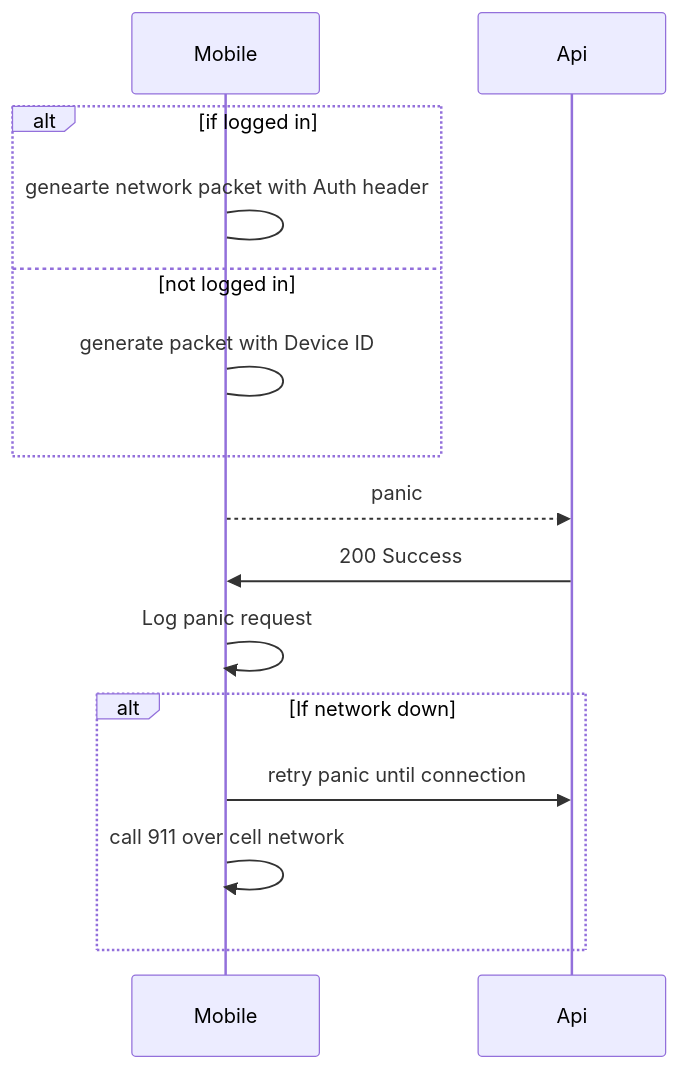
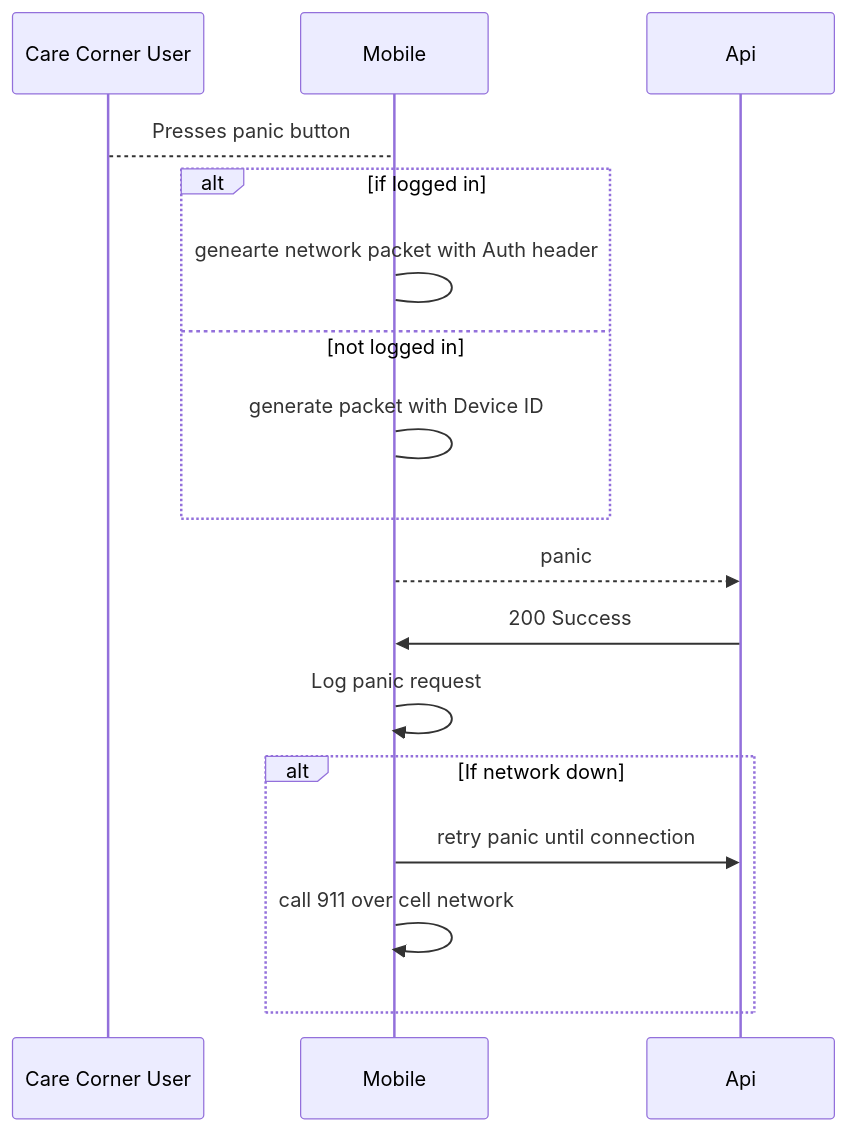
The diagram in design/sequences/user-presses-panic.md (redeem4/Care_Corner), drawn with Mermaid before and after one commit.

Commit message:
Clarify user pushing the panic button to trigger the use case.

````diff
--- a/design/sequences/user-presses-panic.md
+++ b/design/sequences/user-presses-panic.md
@@ -5,15 +5,16 @@
 ```mermaid
 sequenceDiagram
+    Care Corner User-->Mobile: Presses panic button
     alt if logged in
     Mobile->Mobile: genearte network packet with Auth header
     else not logged in
     Mobile->Mobile: generate packet with Device ID
     end
     Mobile-->>Api: panic
     Api->>Mobile: 200 Success
     Mobile->>Mobile: Log panic request
     alt If network down
     Mobile->>Api: retry panic until connection
     Mobile->>Mobile: call 911 over cell network
     end
 ```
````
